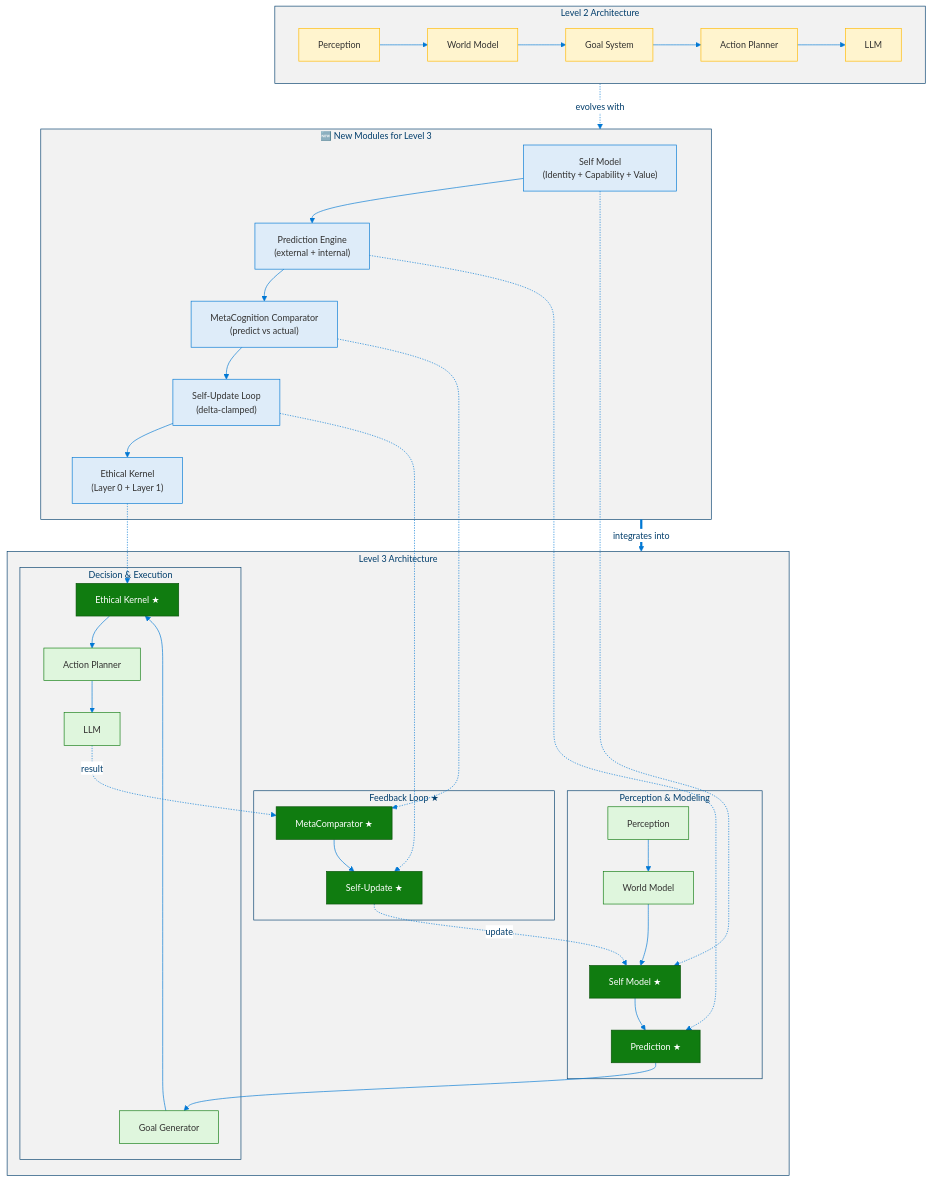
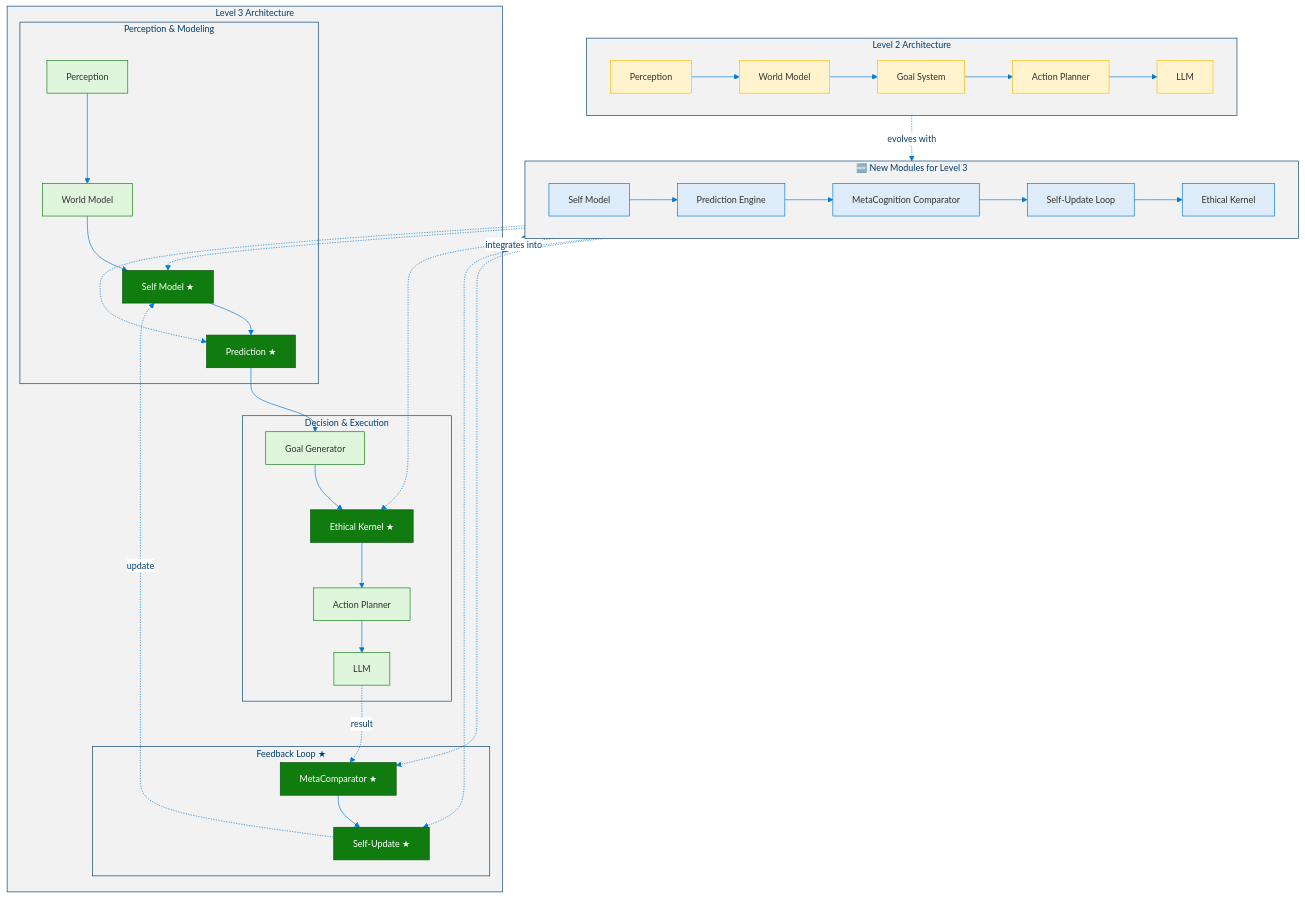
One commit to dotnetpower/mscp changed the eighth of 8 diagrams in docs/levels/Level_2_Autonomous_Agent.md. Above: the diagram before and after it, drawn with Mermaid. The commit also changed other lines of this file and 10 other files, not shown here.

````diff
--- a/docs/levels/Level_2_Autonomous_Agent.md
+++ b/docs/levels/Level_2_Autonomous_Agent.md
@@ -667,63 +683,65 @@
 ```mermaid
 %%{init: {'theme': 'base', 'themeVariables': {'primaryColor': '#0078D4', 'primaryTextColor': '#003D6B', 'primaryBorderColor': '#003D6B', 'secondaryColor': '#50E6FF', 'secondaryTextColor': '#323130', 'secondaryBorderColor': '#00BCF2', 'tertiaryColor': '#F2F2F2', 'tertiaryTextColor': '#323130', 'lineColor': '#0078D4', 'textColor': '#323130', 'mainBkg': '#DEECF9', 'nodeBorder': '#0078D4', 'clusterBkg': '#F2F2F2', 'clusterBorder': '#003D6B', 'titleColor': '#003D6B', 'edgeLabelBackground': '#FFFFFF', 'fontSize': '14px'}}}%%
 flowchart TD
   classDef l2Light fill:#FFF4CE,stroke:#FFB900,color:#323130
   classDef newModule fill:#DEECF9,stroke:#0078D4,color:#323130
   classDef l3Light fill:#DFF6DD,stroke:#107C10,color:#323130
   classDef l3New fill:#107C10,stroke:#085108,color:#FFF
 
   subgraph L2Arch["Level 2 Architecture"]
+    direction LR
     P2["Perception"]:::l2Light
     W2["World Model"]:::l2Light
     G2["Goal System"]:::l2Light
     A2["Action Planner"]:::l2Light
     C2["LLM"]:::l2Light
     P2 --> W2 --> G2 --> A2 --> C2
   end
 
   subgraph NewModules["🆕 New Modules for Level 3"]
-    SM["Self Model<br/>(Identity + Capability + Value)"]:::newModule
-    PE["Prediction Engine<br/>(external + internal)"]:::newModule
-    MC["MetaCognition Comparator<br/>(predict vs actual)"]:::newModule
-    SUL["Self-Update Loop<br/>(delta-clamped)"]:::newModule
-    EK["Ethical Kernel<br/>(Layer 0 + Layer 1)"]:::newModule
+    direction LR
+    SM["Self Model"]:::newModule
+    PE["Prediction Engine"]:::newModule
+    MC["MetaCognition Comparator"]:::newModule
+    SUL["Self-Update Loop"]:::newModule
+    EK["Ethical Kernel"]:::newModule
     SM --> PE --> MC --> SUL --> EK
   end
 
   subgraph L3Arch["Level 3 Architecture"]
     subgraph Row1["Perception & Modeling"]
       P3["Perception"]:::l3Light
       W3["World Model"]:::l3Light
       SM3["Self Model ★"]:::l3New
       PE3["Prediction ★"]:::l3New
       P3 --> W3 --> SM3 --> PE3
     end
 
     subgraph Row2["Decision & Execution"]
       G3["Goal Generator"]:::l3Light
       EK3["Ethical Kernel ★"]:::l3New
       A3["Action Planner"]:::l3Light
       C3["LLM"]:::l3Light
       G3 --> EK3 --> A3 --> C3
     end
 
     subgraph Row3["Feedback Loop ★"]
       MC3["MetaComparator ★"]:::l3New
       SUL3["Self-Update ★"]:::l3New
       MC3 --> SUL3
     end
 
     PE3 --> G3
     C3 -.->|result| MC3
     SUL3 -.->|update| SM3
   end
 
   L2Arch -.->|evolves with| NewModules
   NewModules ==>|integrates into| L3Arch
 
   SM -.-> SM3
   PE -.-> PE3
   MC -.-> MC3
   SUL -.-> SUL3
   EK -.-> EK3
 ```
````
